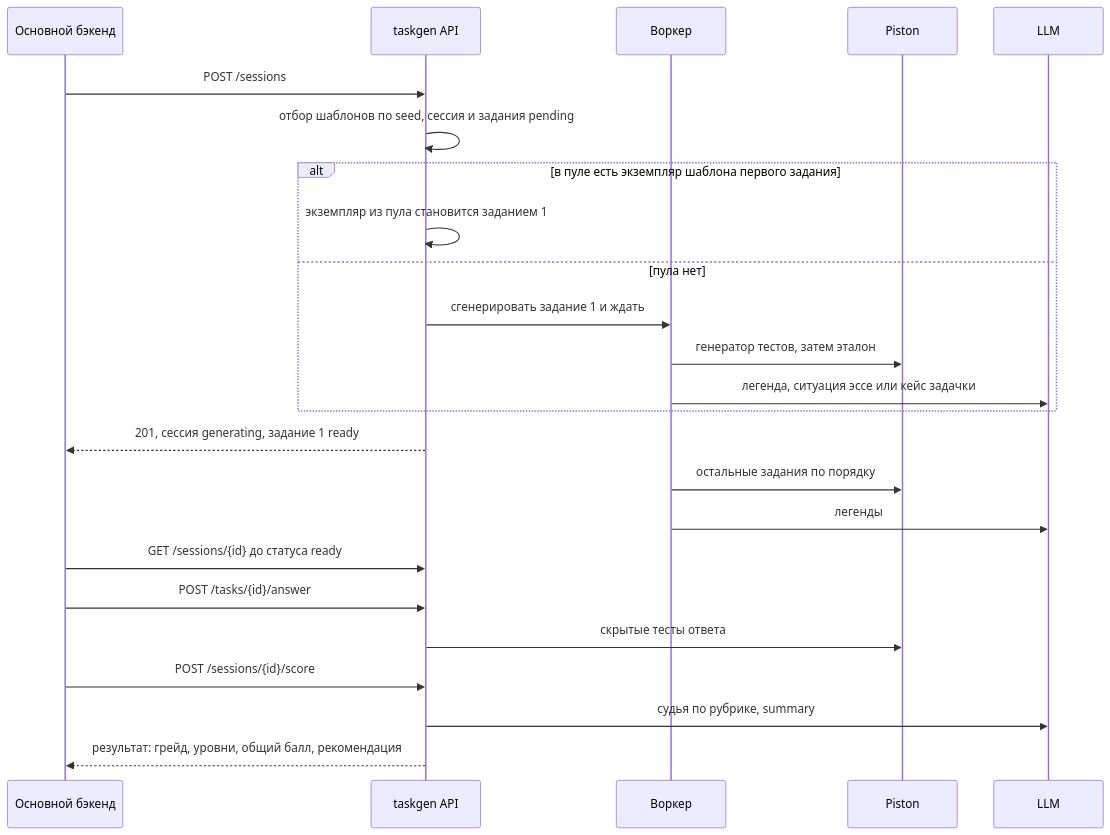
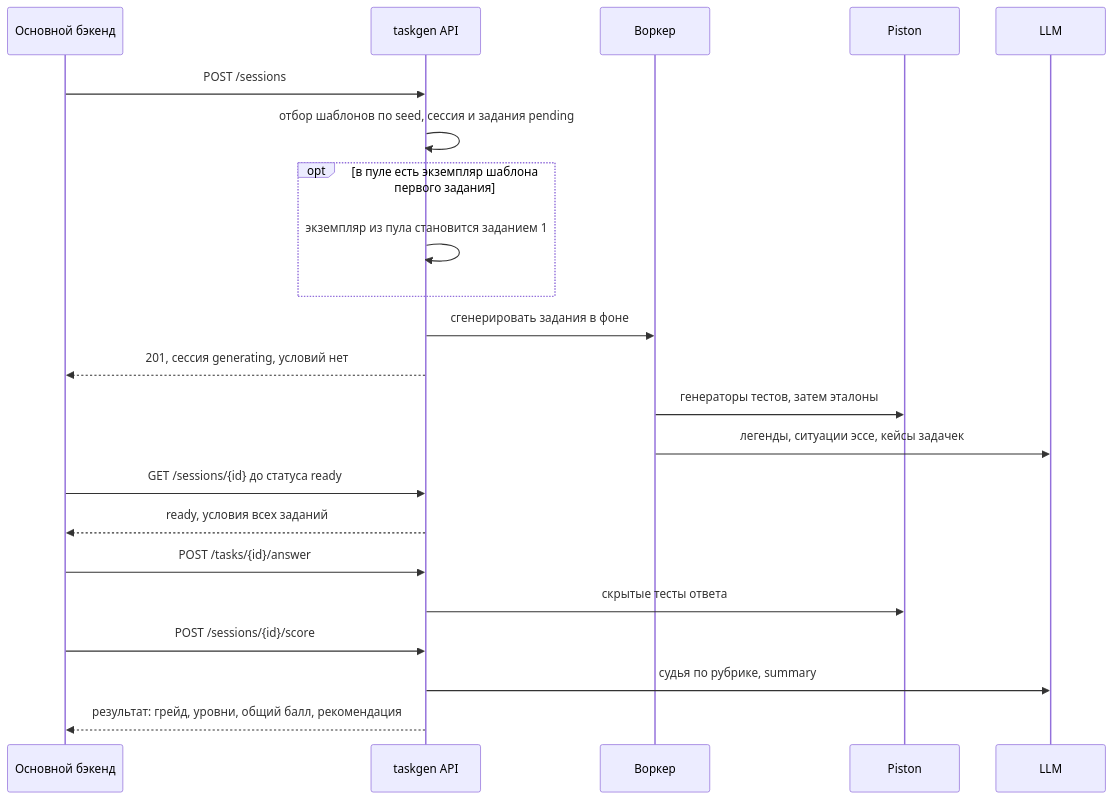
The fifth of 5 diagrams in docs/taskgen/architecture.md (IDaniil228/hackathon), drawn with Mermaid before and after one commit. The commit also changed other lines of this file and 16 other files, not shown here.

````diff
--- a/docs/taskgen/architecture.md
+++ b/docs/taskgen/architecture.md
@@ -160,26 +160,24 @@
 ```mermaid
 sequenceDiagram
     participant B as Основной бэкенд
     participant A as taskgen API
     participant W as Воркер
     participant P as Piston
     participant L as LLM
     B->>A: POST /sessions
     A->>A: отбор шаблонов по seed, сессия и задания pending
-    alt в пуле есть экземпляр шаблона первого задания
+    opt в пуле есть экземпляр шаблона первого задания
         A->>A: экземпляр из пула становится заданием 1
-    else пула нет
-        A->>W: сгенерировать задание 1 и ждать
-        W->>P: генератор тестов, затем эталон
-        W->>L: легенда, ситуация эссе или кейс задачки
     end
-    A-->>B: 201, сессия generating, задание 1 ready
-    W->>P: остальные задания по порядку
-    W->>L: легенды
+    A->>W: сгенерировать задания в фоне
+    A-->>B: 201, сессия generating, условий нет
+    W->>P: генераторы тестов, затем эталоны
+    W->>L: легенды, ситуации эссе, кейсы задачек
     B->>A: GET /sessions/{id} до статуса ready
+    A-->>B: ready, условия всех заданий
     B->>A: POST /tasks/{id}/answer
     A->>P: скрытые тесты ответа
     B->>A: POST /sessions/{id}/score
     A->>L: судья по рубрике, summary
     A-->>B: результат: грейд, уровни, общий балл, рекомендация
 ```
````
